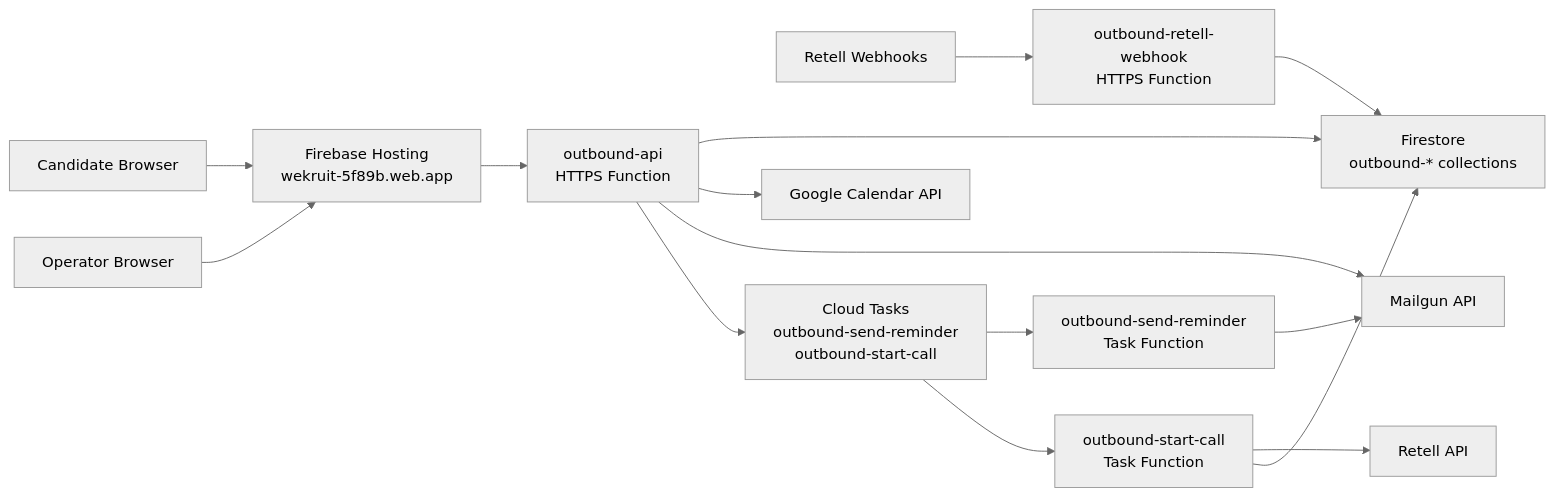
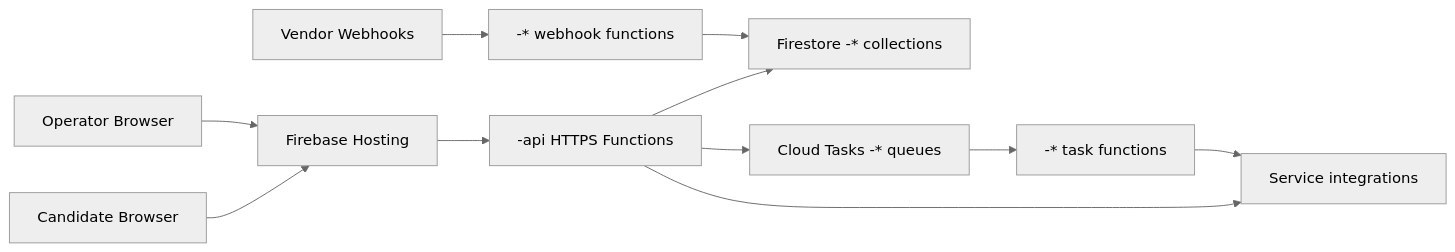
One commit to WeKruit/wekruit-core-service-cloud-function changed the diagram in ARCHITECTURE.md. Above: the diagram before and after it, drawn with Mermaid (neutral theme). The commit also changed other lines of this file and 1 other file, not shown here.

Commit message:
docs: expand core service repo guide

````diff
--- a/ARCHITECTURE.md
+++ b/ARCHITECTURE.md
@@ -19,17 +18,13 @@
 ```mermaid
 flowchart LR
-  Candidate["Candidate Browser"] --> Hosting["Firebase Hosting\nwekruit-5f89b.web.app"]
+  Candidate["Candidate Browser"] --> Hosting["Firebase Hosting"]
   Operator["Operator Browser"] --> Hosting
-  Hosting --> API["outbound-api\nHTTPS Function"]
-  Retell["Retell Webhooks"] --> Webhook["outbound-retell-webhook\nHTTPS Function"]
-  API --> Firestore["Firestore\noutbound-* collections"]
-  API --> Calendar["Google Calendar API"]
-  API --> Mailgun["Mailgun API"]
-  API --> Tasks["Cloud Tasks\noutbound-send-reminder\noutbound-start-call"]
-  Tasks --> Reminder["outbound-send-reminder\nTask Function"]
-  Tasks --> StartCall["outbound-start-call\nTask Function"]
-  Reminder --> Mailgun
-  StartCall --> RetellAPI["Retell API"]
-  StartCall --> Firestore
-  Webhook --> Firestore
+  Hosting --> Api["<service>-api HTTPS Functions"]
+  VendorWebhook["Vendor Webhooks"] --> Webhooks["<service>-* webhook functions"]
+  Api --> Firestore["Firestore <service>-* collections"]
+  Api --> Tasks["Cloud Tasks <service>-* queues"]
+  Tasks --> TaskFns["<service>-* task functions"]
+  Api --> Vendors["Service integrations"]
+  TaskFns --> Vendors
+  Webhooks --> Firestore
 ```
````
